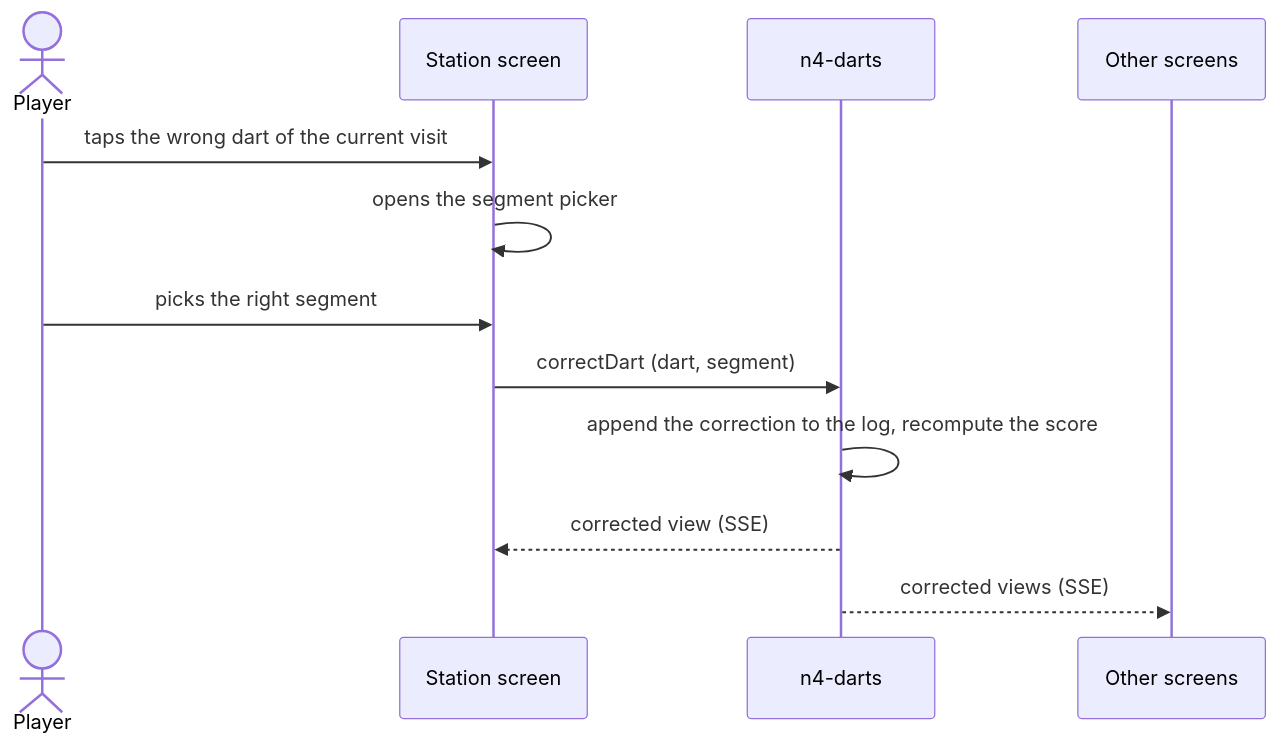
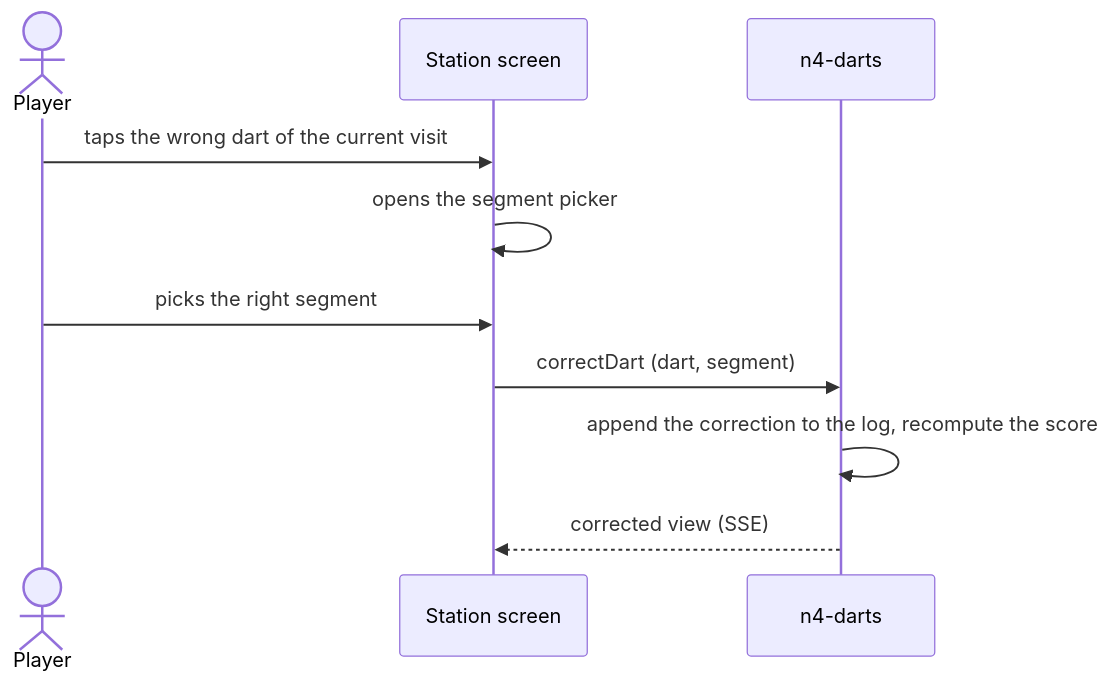
One commit to sverbach/n4-darts changed the second of 3 diagrams in docs/architecture/06-runtime-view.md. Above: the diagram before and after it, drawn with Mermaid. The commit also changed other lines of this file, not shown here.

Commit message:
Runtime view: drop the other-screens participant to keep the focus

````diff
--- a/docs/architecture/06-runtime-view.md
+++ b/docs/architecture/06-runtime-view.md
@@ -36,15 +33,13 @@
 ```mermaid
 sequenceDiagram
     actor P as Player
     participant S as Station screen
     participant N as n4-darts
-    participant O as Other screens
 
     P->>S: taps the wrong dart of the current visit
     S->>S: opens the segment picker
     P->>S: picks the right segment
     S->>N: correctDart (dart, segment)
     N->>N: append the correction to the log, recompute the score
     N-->>S: corrected view (SSE)
-    N-->>O: corrected views (SSE)
 ```
````
